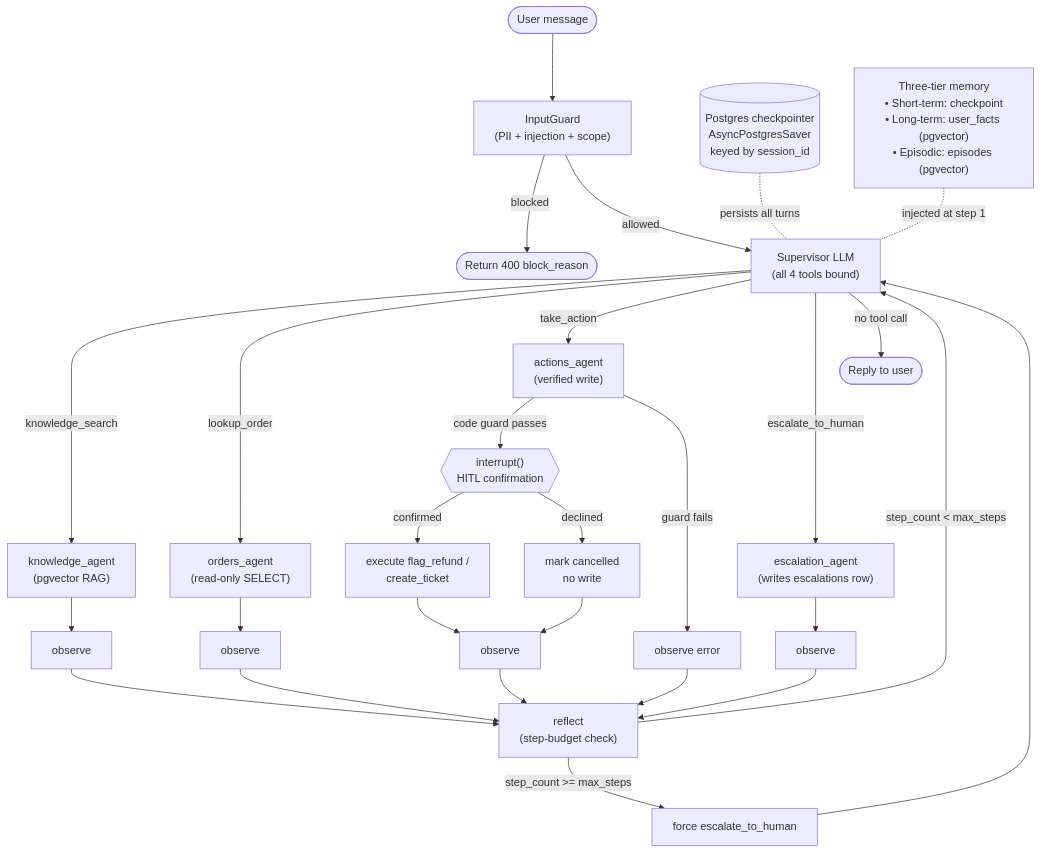
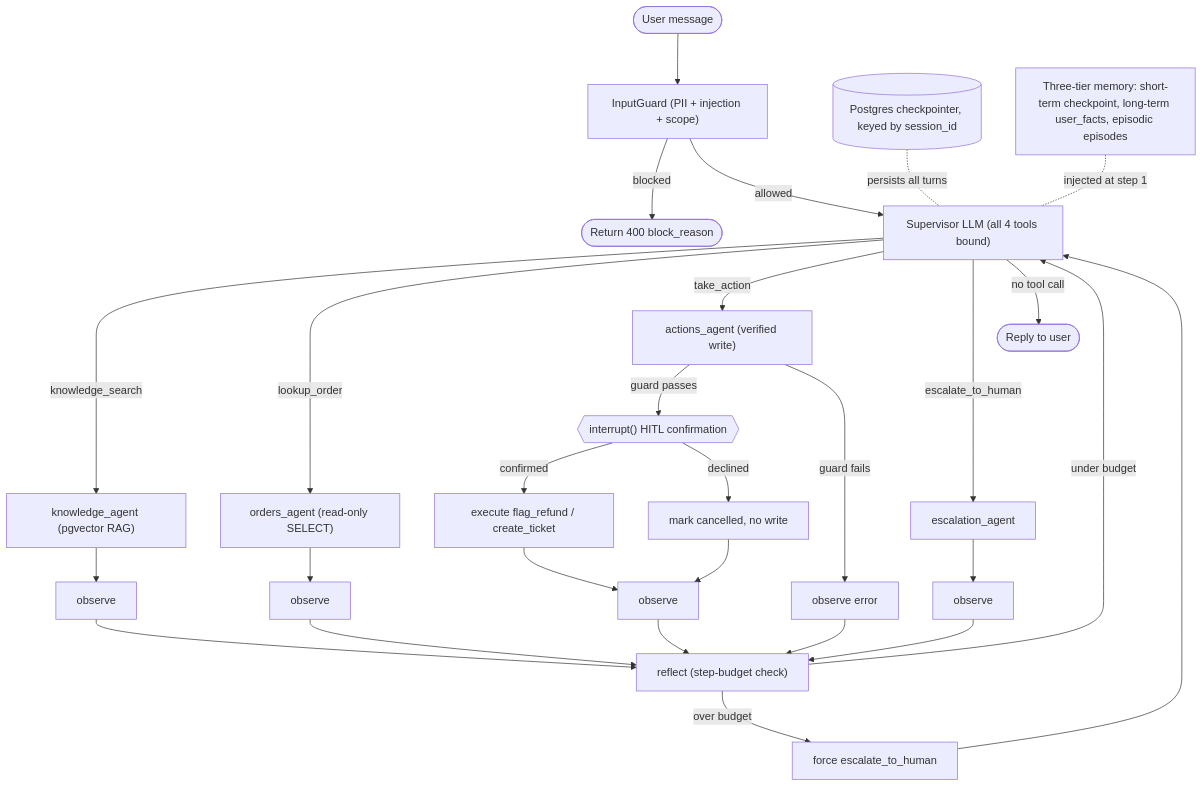
One commit to kapil0337/Operations-Assisstant- changed the diagram in README.md. Above: the diagram before and after it, drawn with Mermaid. The commit also changed other lines of this file and 2 other files, not shown here.

````diff
--- a/README.md
+++ b/README.md
@@ -84,43 +71,35 @@
 ```mermaid
 flowchart TD
     START([User message]) --> GUARD_IN
-
-    GUARD_IN["InputGuard\n(PII + injection + scope)"]
+    GUARD_IN["InputGuard (PII + injection + scope)"]
     GUARD_IN -->|blocked| BLOCKED([Return 400 block_reason])
     GUARD_IN -->|allowed| SUPERVISOR
-
-    SUPERVISOR["Supervisor LLM\n(all 4 tools bound)"]
-    SUPERVISOR -->|knowledge_search| KA["knowledge_agent\n(pgvector RAG)"]
-    SUPERVISOR -->|lookup_order| OA["orders_agent\n(read-only SELECT)"]
-    SUPERVISOR -->|take_action| AA["actions_agent\n(verified write)"]
-    SUPERVISOR -->|escalate_to_human| ESC["escalation_agent\n(writes escalations row)"]
+    SUPERVISOR["Supervisor LLM (all 4 tools bound)"]
+    SUPERVISOR -->|knowledge_search| KA["knowledge_agent (pgvector RAG)"]
+    SUPERVISOR -->|lookup_order| OA["orders_agent (read-only SELECT)"]
+    SUPERVISOR -->|take_action| AA["actions_agent (verified write)"]
+    SUPERVISOR -->|escalate_to_human| ESC["escalation_agent"]
     SUPERVISOR -->|no tool call| DONE([Reply to user])
-
     KA --> OBS1[observe]
     OA --> OBS2[observe]
     ESC --> OBS3[observe]
-
-    AA -->|code guard passes| GATE{{"interrupt()\nHITL confirmation"}}
+    AA -->|guard passes| GATE{{"interrupt() HITL confirmation"}}
     AA -->|guard fails| OBS_ERR[observe error]
-    GATE -->|confirmed| WRITE["execute flag_refund /\ncreate_ticket"]
-    GATE -->|declined| CANCEL["mark cancelled\nno write"]
+    GATE -->|confirmed| WRITE["execute flag_refund / create_ticket"]
+    GATE -->|declined| CANCEL["mark cancelled, no write"]
     WRITE --> OBS_W[observe]
     CANCEL --> OBS_W
     OBS_ERR --> REFLECT
-
     OBS1 --> REFLECT
     OBS2 --> REFLECT
     OBS3 --> REFLECT
     OBS_W --> REFLECT
-
-    REFLECT["reflect\n(step-budget check)"]
-    REFLECT -->|step_count < max_steps| SUPERVISOR
-    REFLECT -->|step_count >= max_steps| FORCE["force escalate_to_human"]
+    REFLECT["reflect (step-budget check)"]
+    REFLECT -->|under budget| SUPERVISOR
+    REFLECT -->|over budget| FORCE["force escalate_to_human"]
     FORCE --> SUPERVISOR
-
-    CHECKPOINTER[("Postgres checkpointer\nAsyncPostgresSaver\nkeyed by session_id")]
+    CHECKPOINTER[("Postgres checkpointer, keyed by session_id")]
     CHECKPOINTER -.persists all turns.- SUPERVISOR
-
-    MEMORY["Three-tier memory\n• Short-term: checkpoint\n• Long-term: user_facts (pgvector)\n• Episodic: episodes (pgvector)"]
+    MEMORY["Three-tier memory: short-term checkpoint, long-term user_facts, episodic episodes"]
     MEMORY -.injected at step 1.- SUPERVISOR
 ```
````
